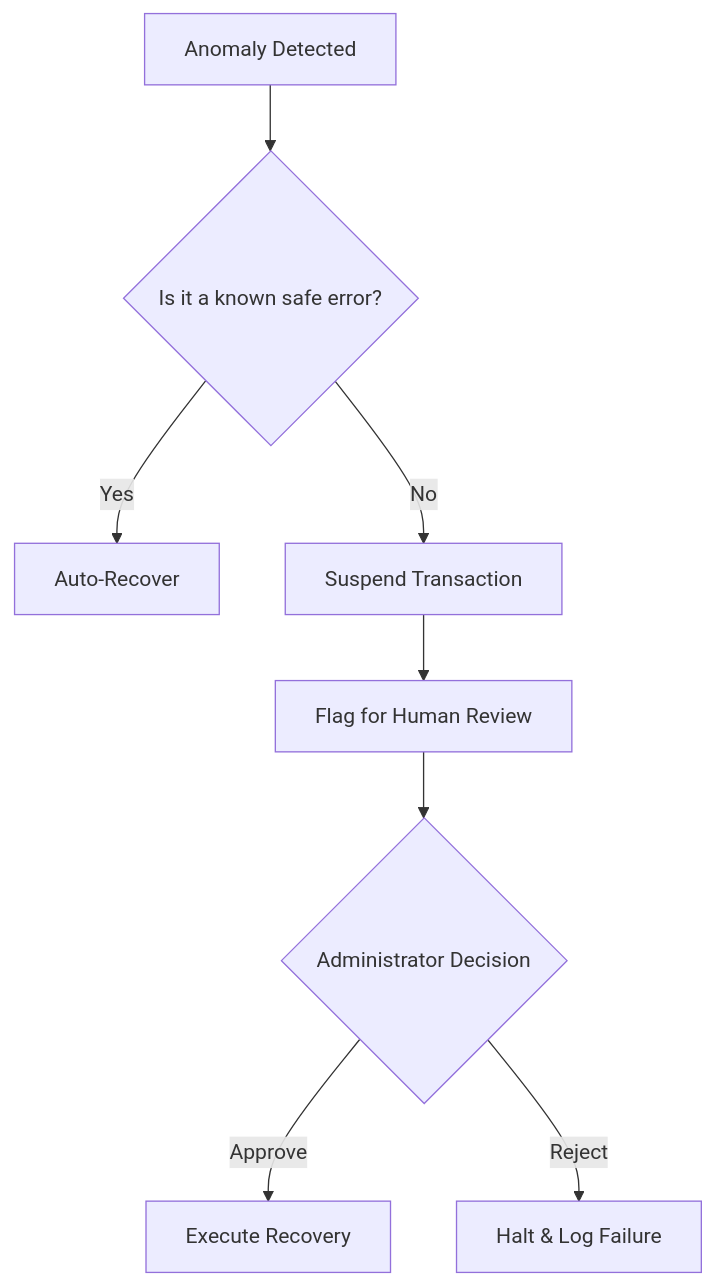
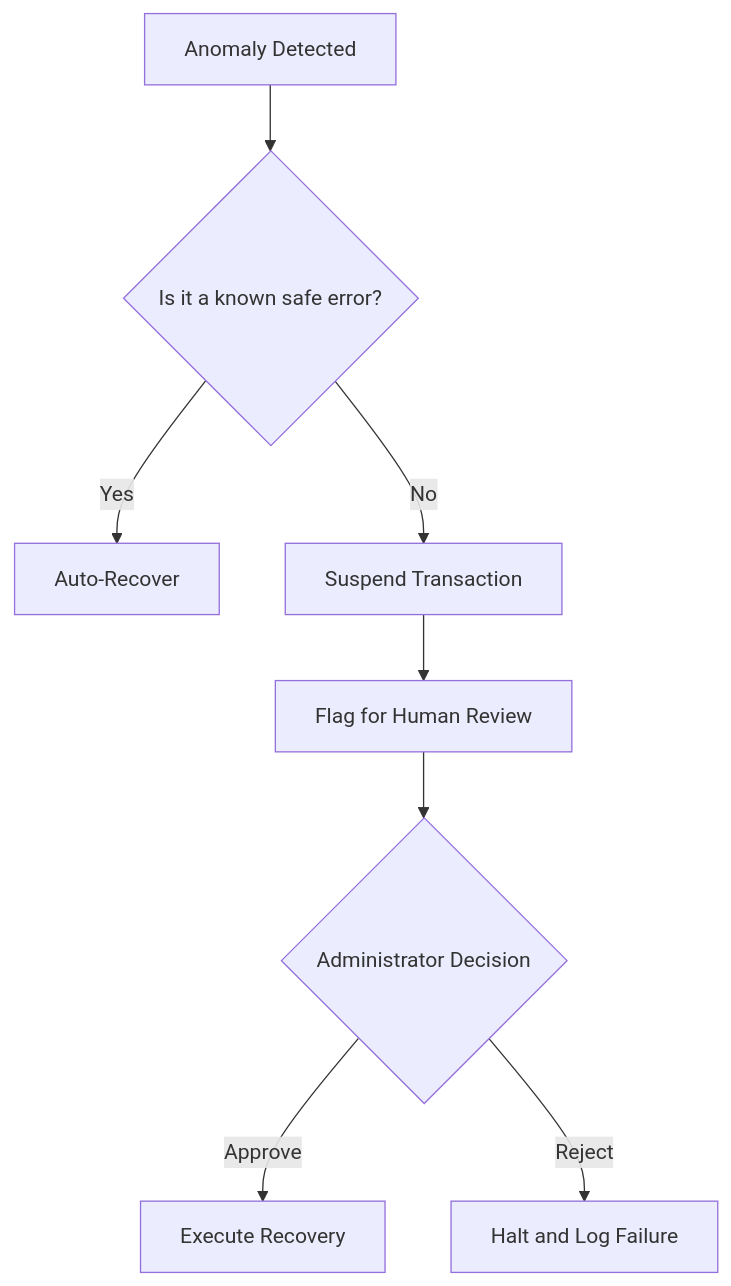
One commit to riti2043/AI_settlement_auditor changed the fourth of 4 diagrams in README.md. Above: the diagram before and after it, drawn with Mermaid. The commit also changed other lines of this file, not shown here.

````diff
--- a/README.md
+++ b/README.md
@@ -145,10 +165,10 @@
 ```mermaid
 flowchart TD
     A[Anomaly Detected] --> B{Is it a known safe error?}
     B -->|Yes| C[Auto-Recover]
     B -->|No| D[Suspend Transaction]
     D --> E[Flag for Human Review]
     E --> F{Administrator Decision}
     F -->|Approve| G[Execute Recovery]
-    F -->|Reject| H[Halt & Log Failure]
+    F -->|Reject| H[Halt and Log Failure]
 ```
````
